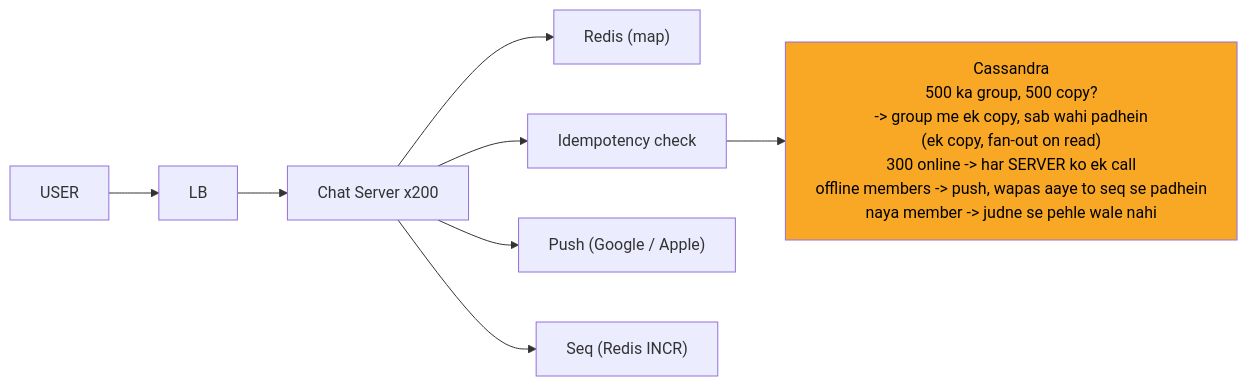
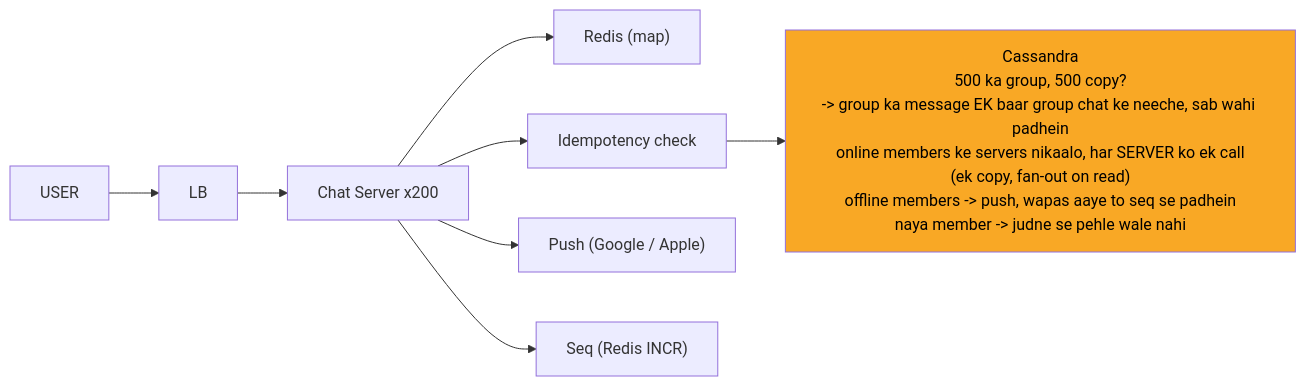
Before and after one commit to ArpanMaheshwari144/Prep: the eighth of 12 diagrams in 04_HLD/SYSTEM_DESIGNS/14_chat_messaging/14_chat_messaging.md, drawn with Mermaid. The commit also changed other lines of this file and 13 other files, not shown here.

````diff
--- a/04_HLD/SYSTEM_DESIGNS/14_chat_messaging/14_chat_messaging.md
+++ b/04_HLD/SYSTEM_DESIGNS/14_chat_messaging/14_chat_messaging.md
@@ -343,20 +345,20 @@
 ```mermaid
 %%{init: {"flowchart": {"wrappingWidth": 450}}}%%
 flowchart LR
     n_U["USER"]
     n_LB["LB"]
     n_CS["Chat Server x200"]
     n_R["Redis (map)"]
     n_I["Idempotency check"]
-    n_CA["Cassandra<br/>500 ka group, 500 copy?<br/>-> group me ek copy, sab wahi padhein<br/>(ek copy, fan-out on read)<br/>300 online -> har SERVER ko ek call<br/>offline members -> push, wapas aaye to seq se padhein<br/>naya member -> judne se pehle wale nahi"]
+    n_CA["Cassandra<br/>500 ka group, 500 copy?<br/>-> group ka message EK baar group chat ke neeche, sab wahi padhein<br/>online members ke servers nikaalo, har SERVER ko ek call<br/>(ek copy, fan-out on read)<br/>offline members -> push, wapas aaye to seq se padhein<br/>naya member -> judne se pehle wale nahi"]
     n_P["Push (Google / Apple)"]
     n_SQ["Seq (Redis INCR)"]
     n_U --> n_LB
     n_LB --> n_CS
     n_CS --> n_R
     n_CS --> n_I
     n_I --> n_CA
     n_CS --> n_P
     n_CS --> n_SQ
     style n_CA fill:#f9a825,color:#000
 ```
````
